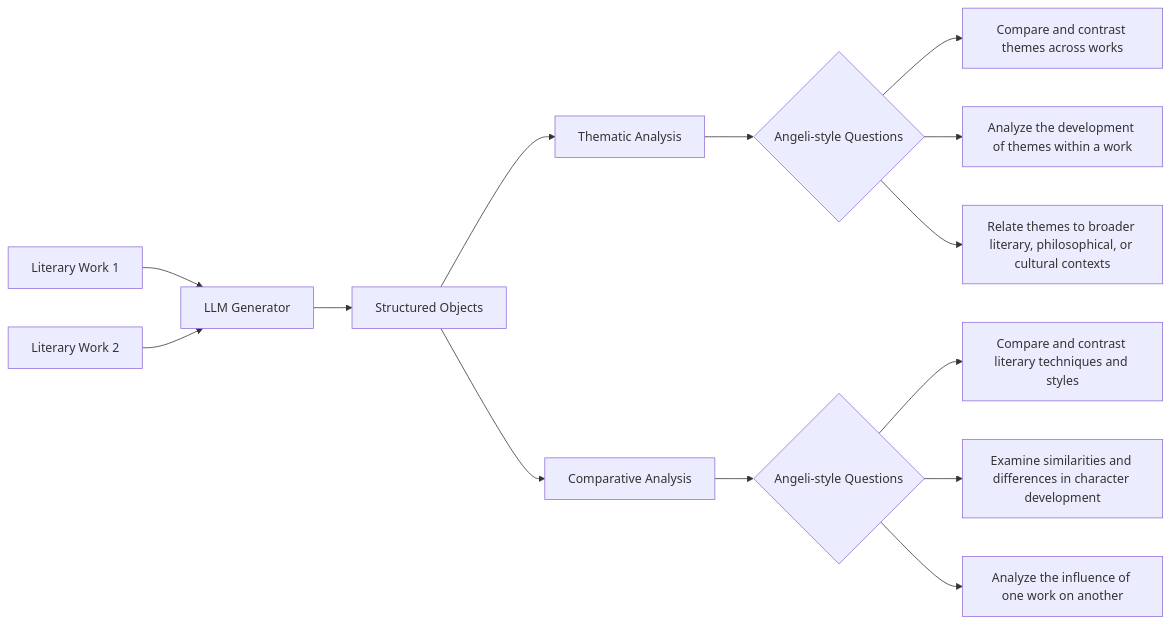
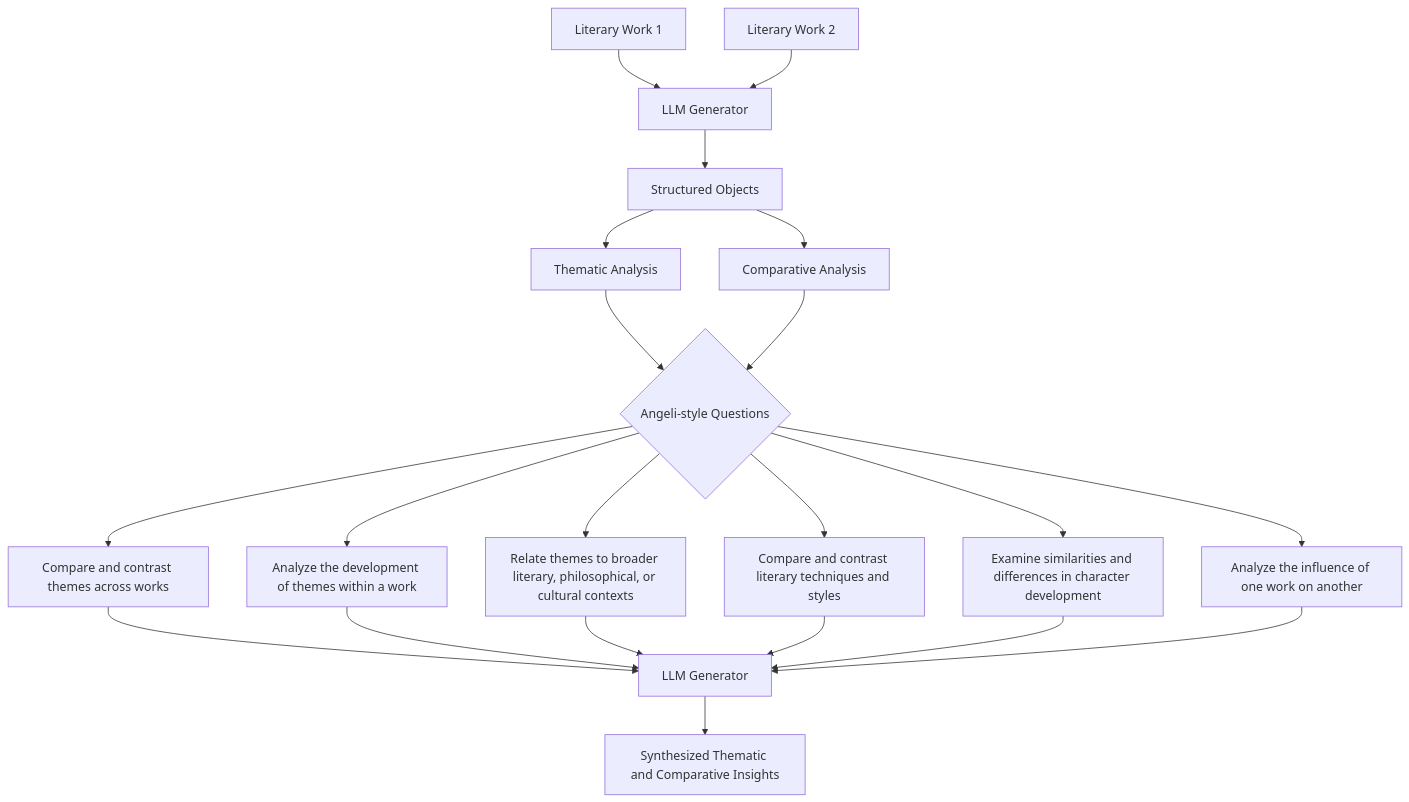
One commit to furlat/Abstractions changed diagram 14 of 15 in abstractions/angels/angels.md. Above: the diagram before and after it, drawn with Mermaid. The commit also changed other lines of this file, not shown here.

````diff
--- a/abstractions/angels/angels.md
+++ b/abstractions/angels/angels.md
@@ -354,16 +369,23 @@
 ```mermaid
-graph LR
+graph TD
     A[Literary Work 1] --> B[LLM Generator]
     C[Literary Work 2] --> B
     B --> D[Structured Objects]
     D --> E[Thematic Analysis]
-    E --> F{Angeli-style Questions}
-    F --> G[Compare and contrast themes across works]
-    F --> H[Analyze the development of themes within a work]
-    F --> I[Relate themes to broader literary, philosophical, or cultural contexts]
-    D --> J[Comparative Analysis]
-    J --> K{Angeli-style Questions}
-    K --> L[Compare and contrast literary techniques and styles]
-    K --> M[Examine similarities and differences in character development]
-    K --> N[Analyze the influence of one work on another]
+    D --> F[Comparative Analysis]
+    E --> G{Angeli-style Questions}
+    F --> G
+    G --> H[Compare and contrast themes across works]
+    G --> I[Analyze the development of themes within a work]
+    G --> J[Relate themes to broader literary, philosophical, or cultural contexts]
+    G --> K[Compare and contrast literary techniques and styles]
+    G --> L[Examine similarities and differences in character development]
+    G --> M[Analyze the influence of one work on another]
+    H --> N[LLM Generator]
+    I --> N
+    J --> N
+    K --> N
+    L --> N
+    M --> N
+    N --> O[Synthesized Thematic and Comparative Insights]
 ```
````
